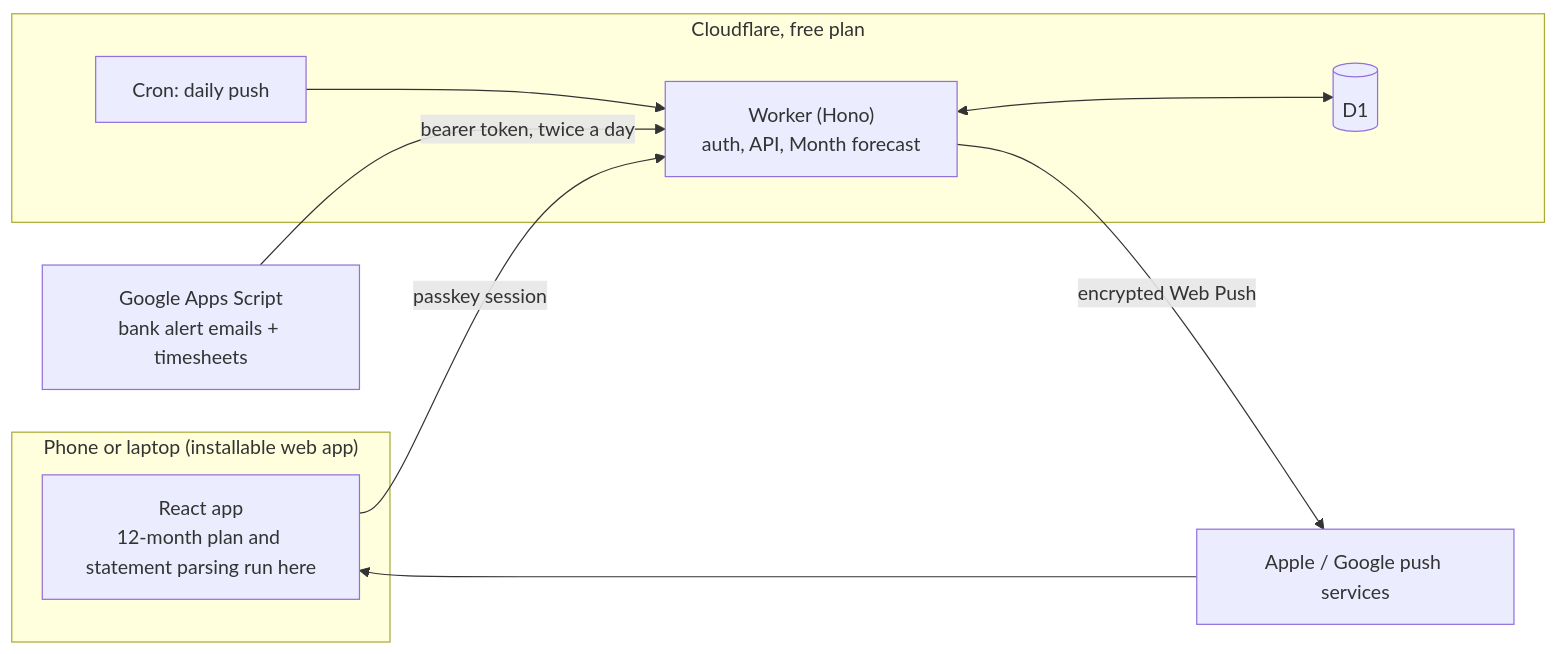
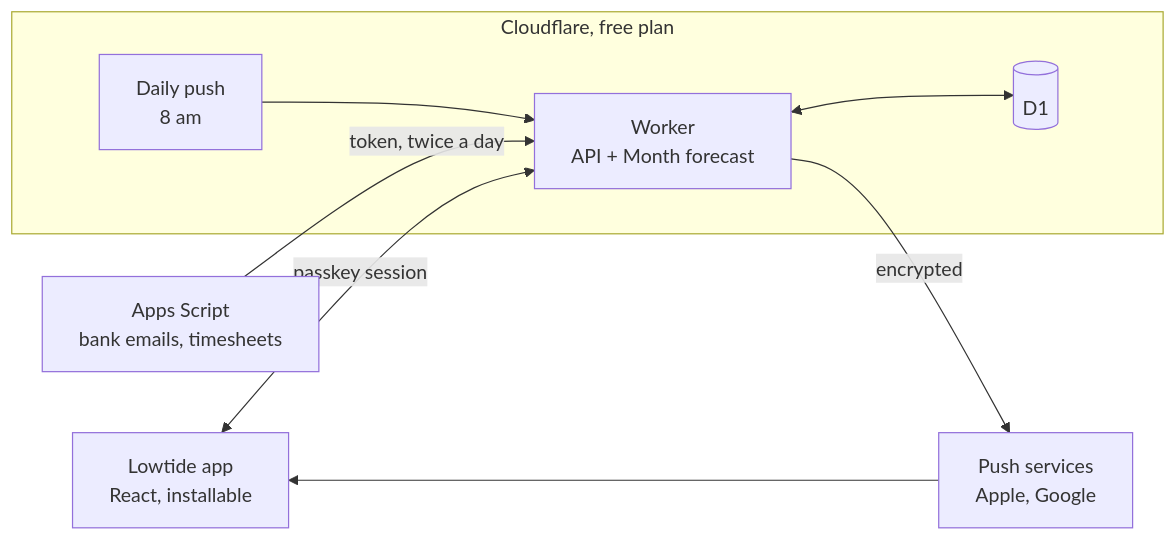
The diagram in README.md (grosssec/lowtide), drawn with Mermaid before and after one commit. The commit also changed other lines of this file, not shown here.

Commit message:
docs(readme): simpler diagram, three review rounds

````diff
--- a/README.md
+++ b/README.md
@@ -57,20 +57,18 @@
 ```mermaid
 flowchart LR
-  subgraph Device["Phone or laptop (installable web app)"]
-    UI["React app<br/>12-month plan and statement parsing run here"]
+  app["Lowtide app<br/>React, installable"]
+  gas["Apps Script<br/>bank emails, timesheets"]
+  subgraph cf["Cloudflare, free plan"]
+    worker["Worker<br/>API + Month forecast"]
+    db[("D1")]
+    cron["Daily push<br/>8 am"]
   end
-  subgraph CF["Cloudflare, free plan"]
-    W["Worker (Hono)<br/>auth, API, Month forecast"]
-    DB[("D1")]
-    C["Cron: daily push"]
-  end
-  GS["Google Apps Script<br/>bank alert emails + timesheets"]
-  P["Apple / Google push services"]
+  push["Push services<br/>Apple, Google"]
 
-  UI -- "passkey session" --> W
-  GS -- "bearer token, twice a day" --> W
-  W <--> DB
-  C --> W
-  W -- "encrypted Web Push" --> P
-  P --> UI
+  app <-->|passkey session| worker
+  gas -->|token, twice a day| worker
+  worker <--> db
+  cron --> worker
+  worker -->|encrypted| push
+  push --> app
 ```
````
